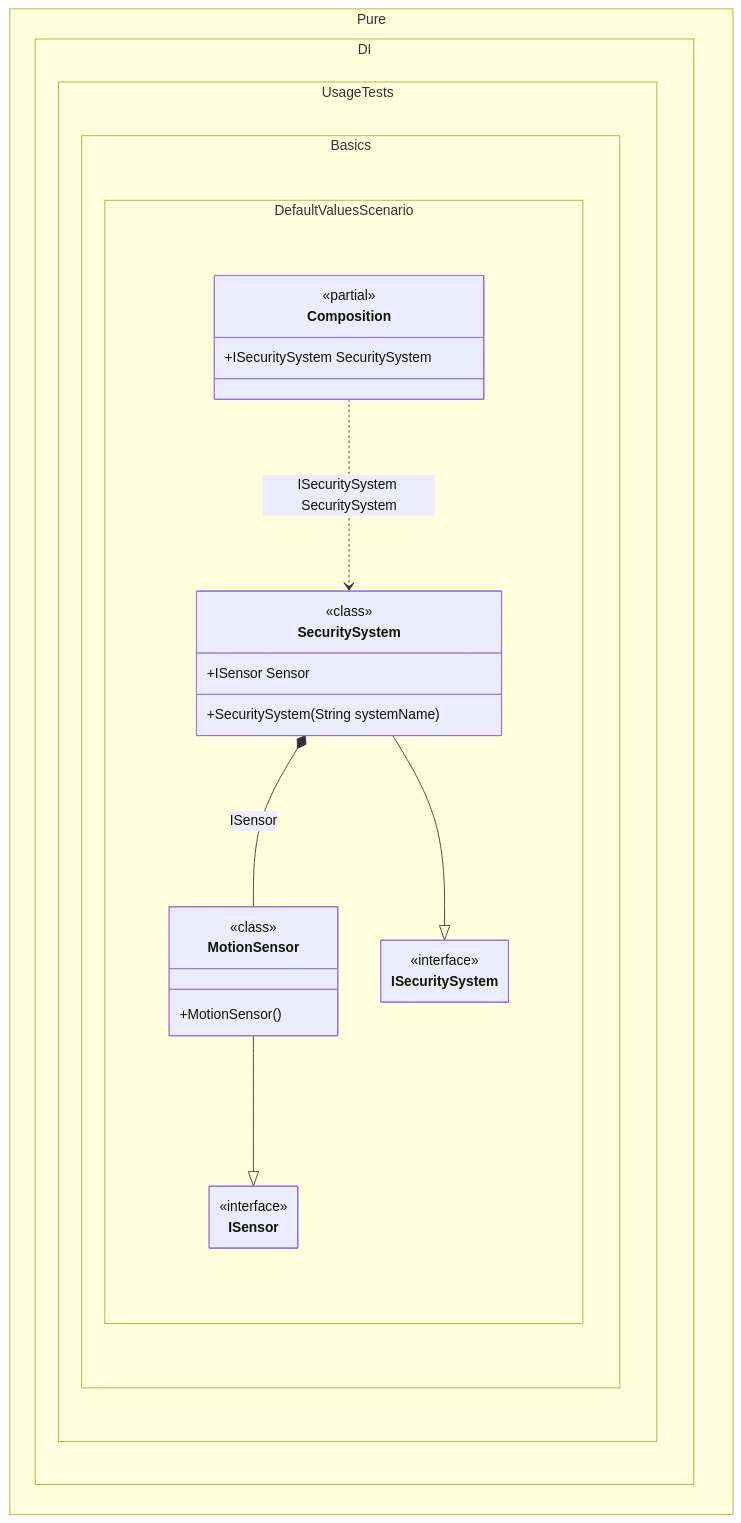
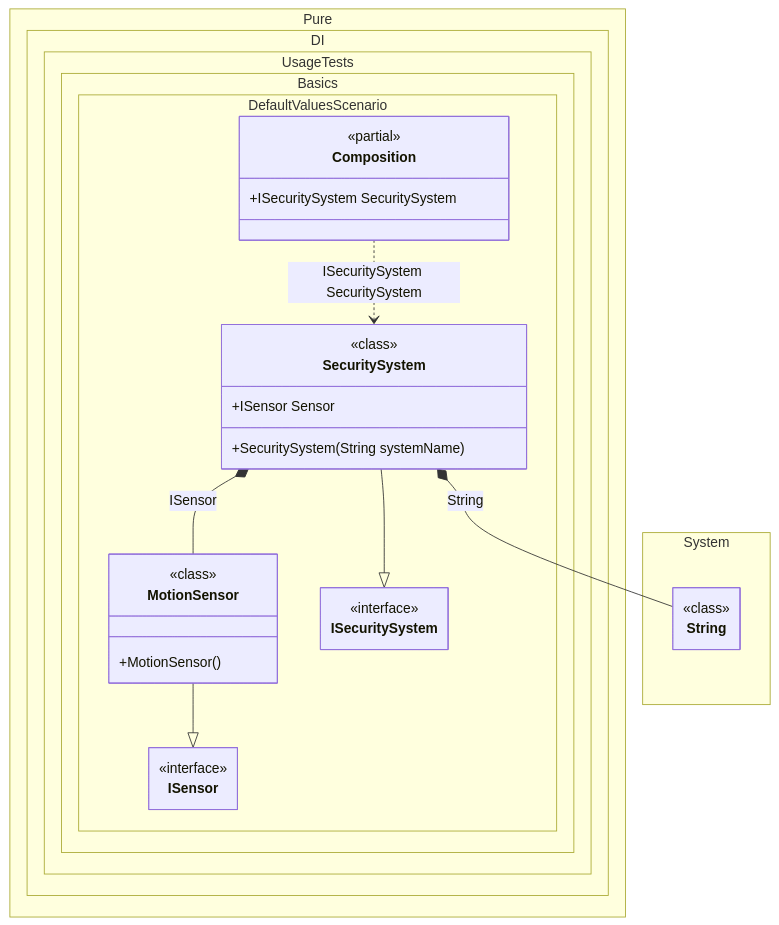
Before and after one commit to MaiKuraki/Pure.DI: the diagram in readme/default-values.md, drawn with Mermaid. The commit also changed other lines of this file and 162 other files, not shown here.

````diff
--- a/readme/default-values.md
+++ b/readme/default-values.md
@@ -104,35 +116,41 @@
 ```mermaid
 ---
  config:
   maxTextSize: 2147483647
   maxEdges: 2147483647
   class:
    hideEmptyMembersBox: true
 ---
 classDiagram
 	MotionSensor --|> ISensor
 	SecuritySystem --|> ISecuritySystem
 	Composition ..> SecuritySystem : ISecuritySystem SecuritySystem
 	SecuritySystem *--  MotionSensor : ISensor
+	SecuritySystem *--  String : String
 	namespace Pure.DI.UsageTests.Basics.DefaultValuesScenario {
 		class Composition {
 		<<partial>>
 		+ISecuritySystem SecuritySystem
 		}
 		class ISecuritySystem {
 			<<interface>>
 		}
 		class ISensor {
 			<<interface>>
 		}
 		class MotionSensor {
 				<<class>>
 			+MotionSensor()
 		}
 		class SecuritySystem {
 				<<class>>
 			+SecuritySystem(String systemName)
 			+ISensor Sensor
 		}
 	}
+	namespace System {
+		class String {
+			<<class>>
+		}
+	}
 ```
````
